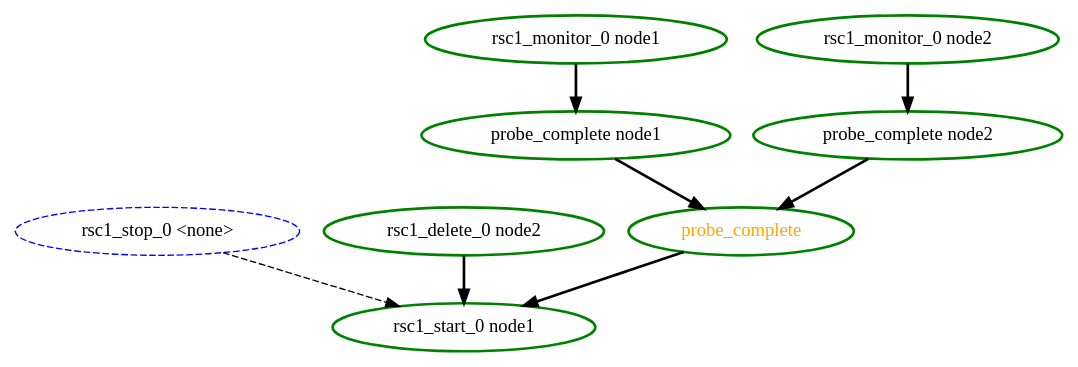
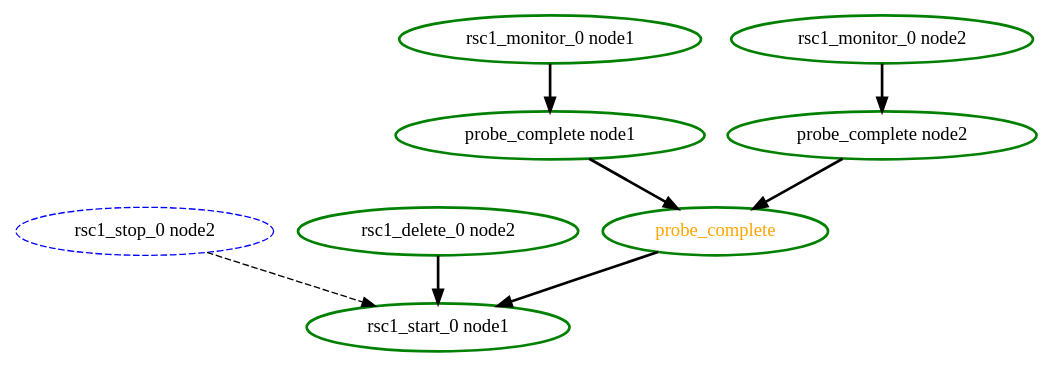
The diagram in crm/pengine/testcases/rec-rsc-3.dot (richiewen8/heartbeat), drawn with Graphviz before and after one commit. The commit also changed 20 other files, not shown here.

First line of the commit message:
Fix the ordering of stonith actions for Peter Kruse - stopping partially failed groups before the stonith was creating a loop   in the TE graph Avoid some unnecessary stop actions that made resources look active when   they weren't

```diff
--- a/crm/pengine/testcases/rec-rsc-3.dot
+++ b/crm/pengine/testcases/rec-rsc-3.dot
@@ -1,18 +1,18 @@
 digraph "g" {
 	size = "30,30"
-"rsc1_stop_0 <none>" [ style="dashed" color="blue" fontcolor="black" ]
+"rsc1_stop_0 node2" [ style="dashed" color="blue" fontcolor="black" ]
 "rsc1_delete_0 node2" [ style=bold color="green" fontcolor="black" ]
 "probe_complete" [ style=bold color="green" fontcolor="orange" ]
 "probe_complete node1" [ style=bold color="green" fontcolor="black" ]
 "rsc1_monitor_0 node1" [ style=bold color="green" fontcolor="black" ]
 "probe_complete node2" [ style=bold color="green" fontcolor="black" ]
 "rsc1_monitor_0 node2" [ style=bold color="green" fontcolor="black" ]
 "rsc1_start_0 node1" [ style=bold color="green" fontcolor="black" ]
 "probe_complete node1" -> "probe_complete" [ style = bold]
 "probe_complete node2" -> "probe_complete" [ style = bold]
 "rsc1_monitor_0 node1" -> "probe_complete node1" [ style = bold]
 "rsc1_monitor_0 node2" -> "probe_complete node2" [ style = bold]
-"rsc1_stop_0 <none>" -> "rsc1_start_0 node1" [ style = dashed]
+"rsc1_stop_0 node2" -> "rsc1_start_0 node1" [ style = dashed]
 "rsc1_delete_0 node2" -> "rsc1_start_0 node1" [ style = bold]
 "probe_complete" -> "rsc1_start_0 node1" [ style = bold]
 }
```
